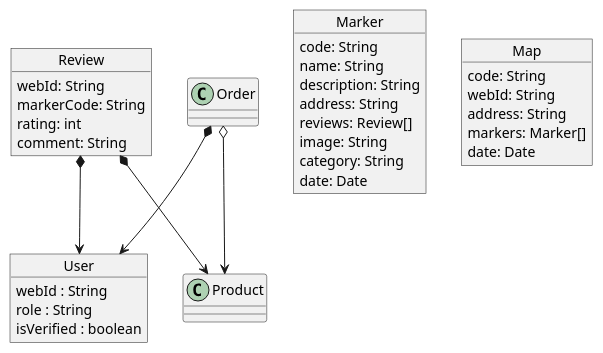
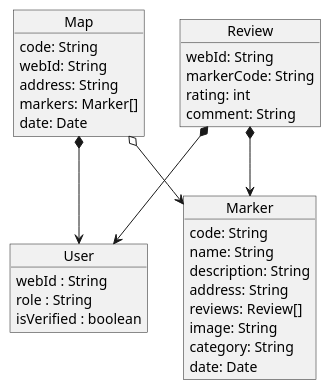
One commit to Arquisoft/lomap_es3a changed the diagram in docs/08_concepts.adoc. Above: the diagram before and after it, drawn with PlantUML.

Commit message:
17/02/2023 - Omar - Corregida errata en el documento 8

```diff
--- a/docs/08_concepts.adoc
+++ b/docs/08_concepts.adoc
@@ -10,39 +10,39 @@
 [plantuml, "DomainModel", png] 
 ---- 
 object User{ 
     webId : String 
     role : String 
     isVerified : boolean 
 } 
  
 object Marker{ 
     code: String 
     name: String 
     description: String 
     address: String 
     reviews: Review[] 
     image: String 
     category: String 
     date: Date 
 } 
  
 object Map{ 
     code: String 
     webId: String 
     address: String 
     markers: Marker[] 
     date: Date 
 } 
  
 object Review{ 
     webId: String 
     markerCode: String 
     rating: int 
     comment: String 
 } 
  
-Order *--> User 
-Order o--> Product 
-Review *--> Product 
+Map *--> User 
+Map o--> Marker
+Review *--> Marker
 Review *--> User 
 ---- 
```
